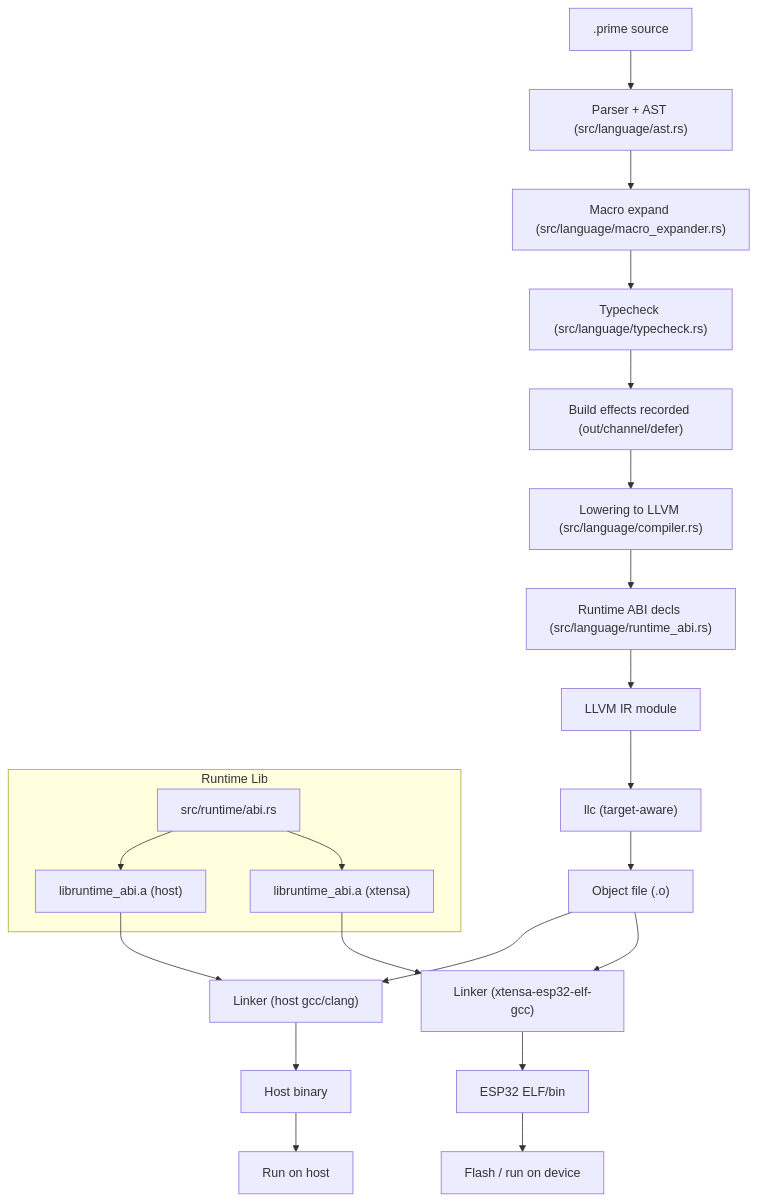
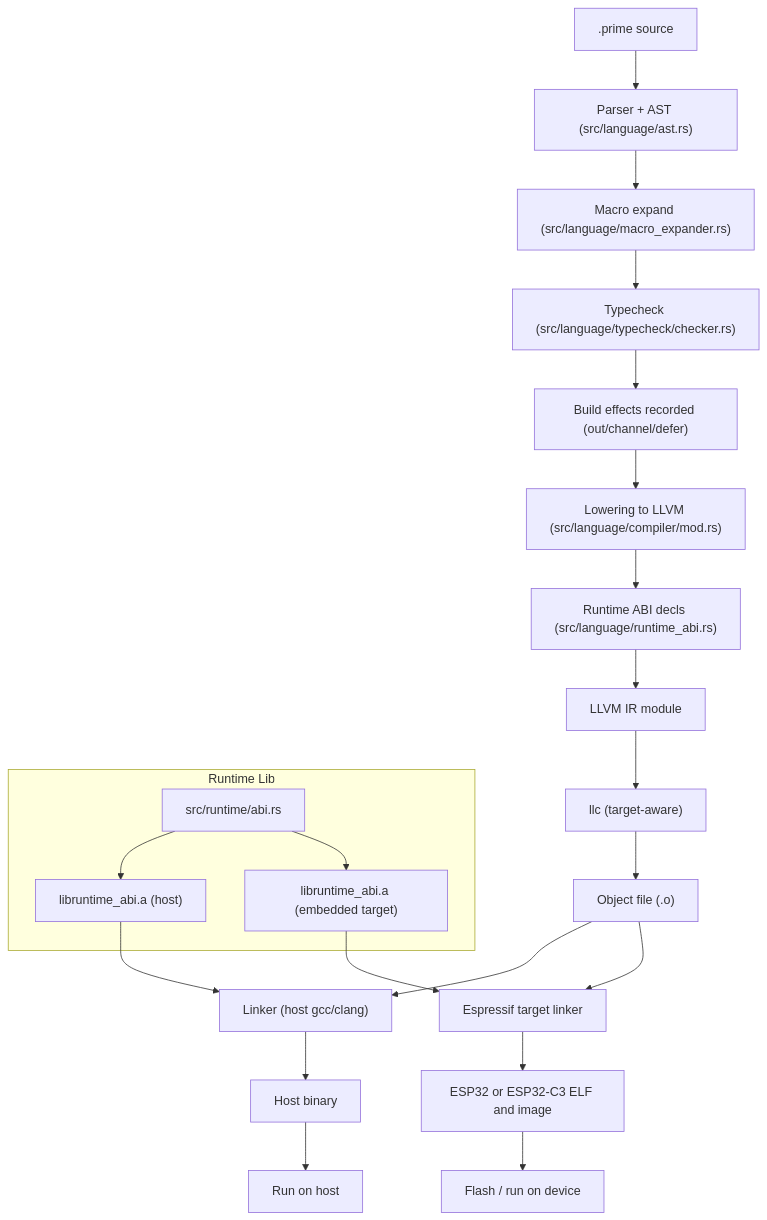
One commit to ASoldo/prime-lang changed the diagram in docs/CompilerFlow.md. Above: the diagram before and after it, drawn with Mermaid. The commit also changed other lines of this file and 1 other file, not shown here.

````diff
--- a/docs/CompilerFlow.md
+++ b/docs/CompilerFlow.md
@@ -5,27 +5,27 @@
 ```mermaid
 flowchart TD
   SRC[".prime source"] --> PARSE["Parser + AST (src/language/ast.rs)"]
   PARSE --> MACRO["Macro expand (src/language/macro_expander.rs)"]
-  MACRO --> TYPE["Typecheck (src/language/typecheck.rs)"]
+  MACRO --> TYPE["Typecheck (src/language/typecheck/checker.rs)"]
   TYPE --> EFFECTS["Build effects recorded (out/channel/defer)"]
-  EFFECTS --> LOWER["Lowering to LLVM (src/language/compiler.rs)"]
+  EFFECTS --> LOWER["Lowering to LLVM (src/language/compiler/mod.rs)"]
   LOWER --> ABI["Runtime ABI decls (src/language/runtime_abi.rs)"]
   ABI --> IR["LLVM IR module"]
   IR --> LLC["llc (target-aware)"]
   LLC --> OBJ["Object file (.o)"]
 
   subgraph Runtime Lib
     ABI_SRC["src/runtime/abi.rs"] --> RT_LIB_HOST["libruntime_abi.a (host)"]
-    ABI_SRC --> RT_LIB_ESP["libruntime_abi.a (xtensa)"]
+    ABI_SRC --> RT_LIB_ESP["libruntime_abi.a (embedded target)"]
   end
 
   OBJ --> LINK_HOST["Linker (host gcc/clang)"]
   RT_LIB_HOST --> LINK_HOST
   LINK_HOST --> BIN_HOST["Host binary"]
   BIN_HOST --> RUN_HOST["Run on host"]
 
-  OBJ --> LINK_ESP["Linker (xtensa-esp32-elf-gcc)"]
+  OBJ --> LINK_ESP["Espressif target linker"]
   RT_LIB_ESP --> LINK_ESP
-  LINK_ESP --> BIN_ESP["ESP32 ELF/bin"]
+  LINK_ESP --> BIN_ESP["ESP32 or ESP32-C3 ELF and image"]
   BIN_ESP --> RUN_ESP["Flash / run on device"]
 ```
````
